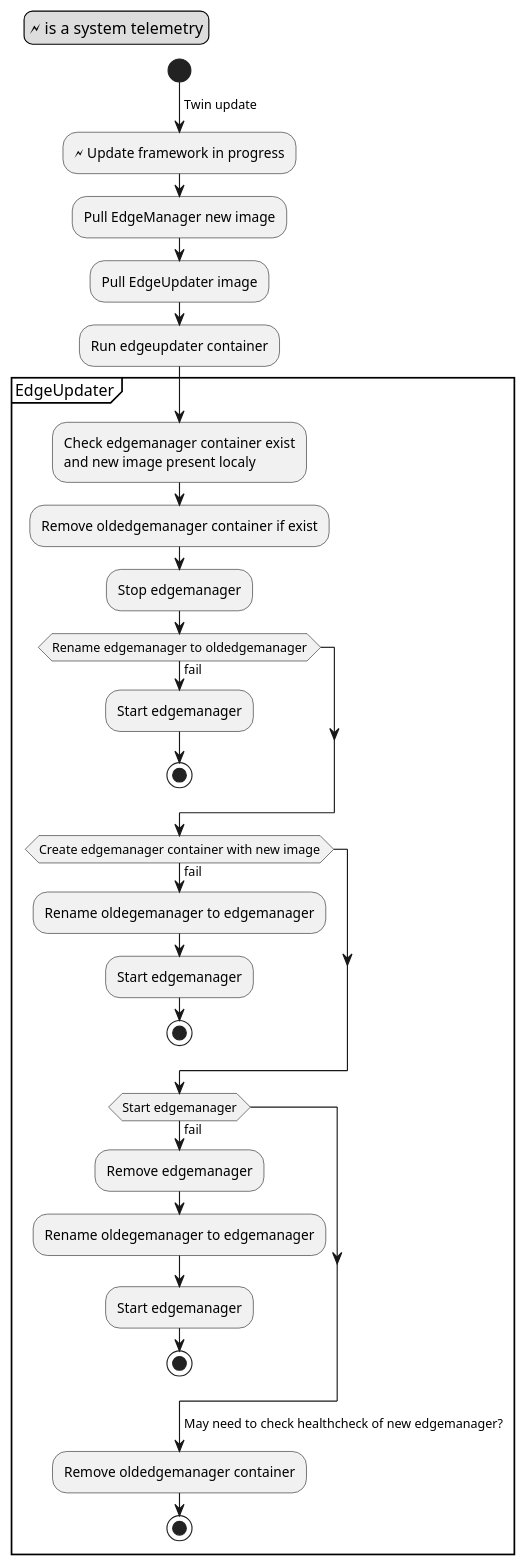
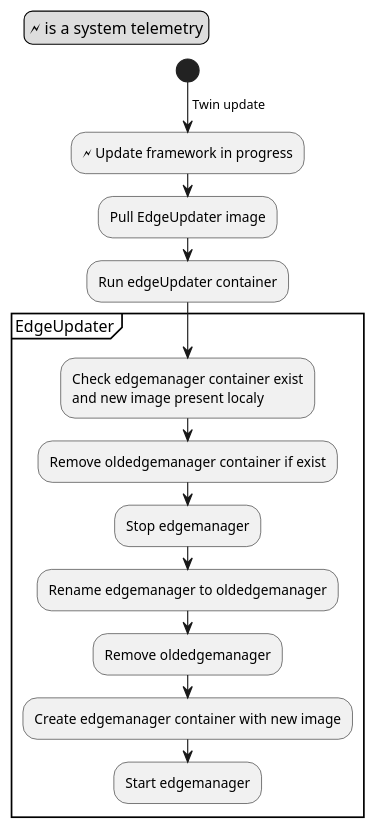
One commit to se-edge/framework-diagrams changed the diagram in UseCases/Update-framework/Update-framework.activity.puml. Above: the diagram before and after it, drawn with PlantUML.

Commit message:
Update of EdgeFramework runtime update

```diff
--- a/UseCases/Update-framework/Update-framework.activity.puml
+++ b/UseCases/Update-framework/Update-framework.activity.puml
@@ -1,37 +1,22 @@
 @startuml
 legend top left
 🗲 is a system telemetry
 endlegend
 
 start
 -> Twin update;
 :🗲 Update framework in progress;
-:Pull EdgeManager new image;
 :Pull EdgeUpdater image;
-:Run edgeupdater container;
+:Run edgeUpdater container;
 
 partition EdgeUpdater {
     :Check edgemanager container exist
     and new image present localy;
     :Remove oldedgemanager container if exist;
     :Stop edgemanager;
-    if (Rename edgemanager to oldedgemanager) then (fail)
-        :Start edgemanager;
-        stop
-    endif
-    if (Create edgemanager container with new image) then (fail)
-        :Rename oldegemanager to edgemanager;
-        :Start edgemanager;
-        stop
-    endif
-    if (Start edgemanager) then (fail)
-        :Remove edgemanager;
-        :Rename oldegemanager to edgemanager;
-        :Start edgemanager;
-        stop
-    endif
-    ->May need to check healthcheck of new edgemanager?;
-    :Remove oldedgemanager container;
-    stop
+    :Rename edgemanager to oldedgemanager;
+    :Remove oldedgemanager;
+    :Create edgemanager container with new image;
+    :Start edgemanager;
 }
 @enduml
```
